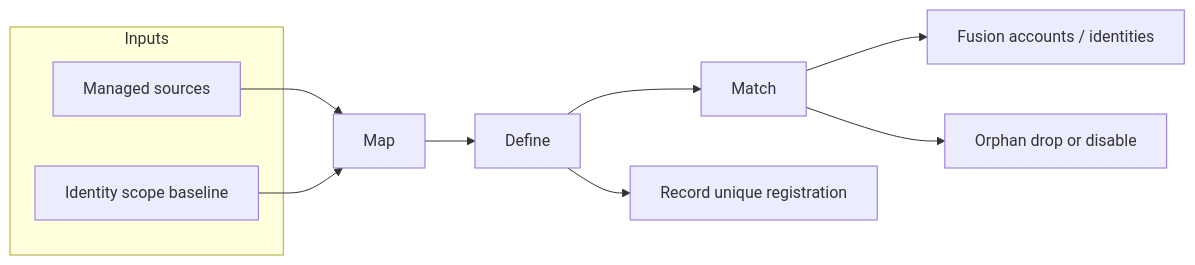
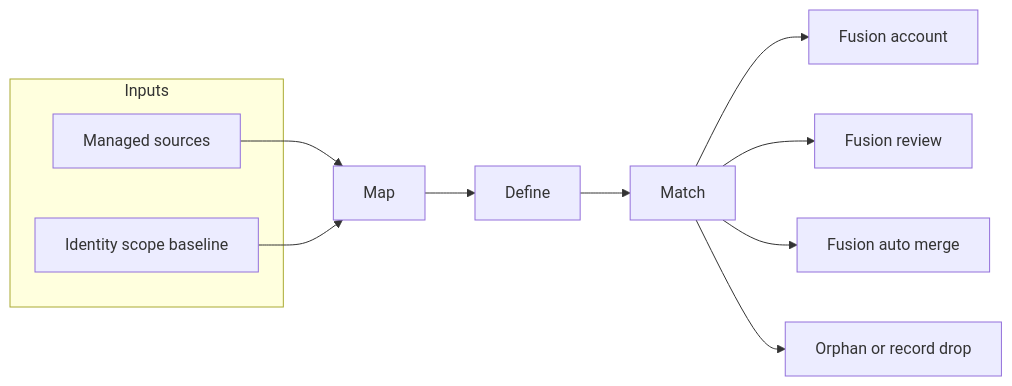
Before and after one commit to fernando-delosrios-sp/colab-saas-conn-sailpoint-identity-fusion: the diagram in docs/index.md, drawn with Mermaid. The commit also changed other lines of this file and 2 other files, not shown here.

First line of the commit message:
docs: fix edit-on-GitHub link and update Map/Define/Match home content

````diff
--- a/docs/index.md
+++ b/docs/index.md
@@ -14,14 +14,15 @@
 ```mermaid
 flowchart LR
     subgraph inputs [Inputs]
         MS[Managed sources]
         ID[Identity scope baseline]
     end
     MS --> Map
     ID --> Map
     Map --> Define
     Define --> Match
-    Match --> OUT[Fusion accounts / identities]
-    Define --> REC[Record unique registration]
-    Match --> ORP[Orphan drop or disable]
+    Match --> FA[Fusion account]
+    Match --> FR[Fusion review]
+    Match --> AM[Fusion auto merge]
+    Match --> DROP[Orphan or record drop]
 ```
````
